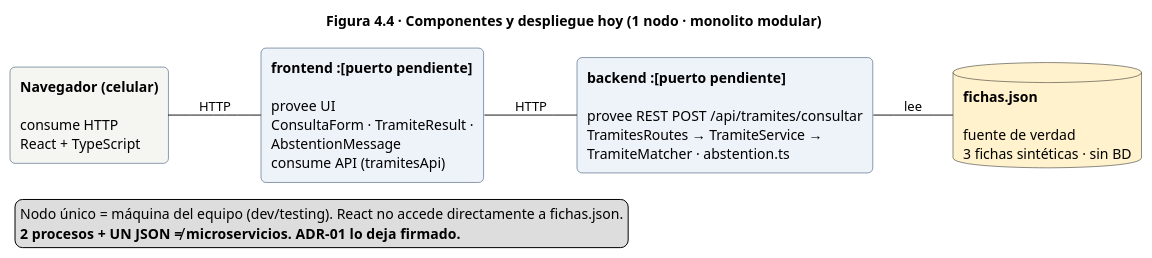
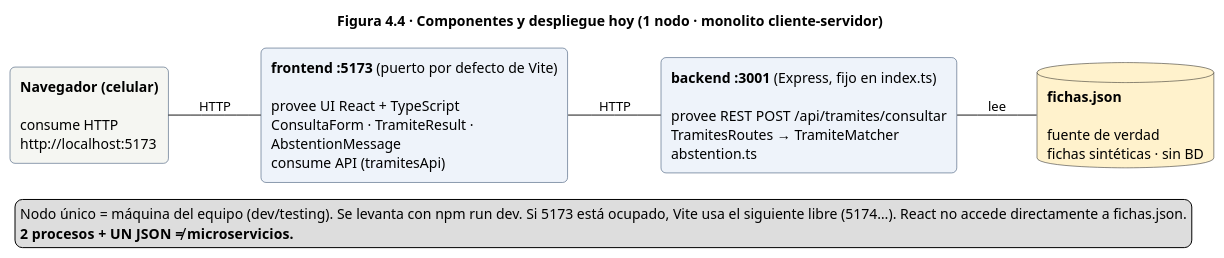
The diagram in docs/uml/componentes.puml (FeliKar/Proyecto-Ingenieria-de-Software), drawn with PlantUML before and after one commit. The commit also changed 7 other files, not shown here.

```diff
--- a/docs/uml/componentes.puml
+++ b/docs/uml/componentes.puml
@@ -1,25 +1,25 @@
 @startuml
-title Figura 4.4 · Componentes y despliegue hoy (1 nodo · monolito modular)
+title Figura 4.4 · Componentes y despliegue hoy (1 nodo · monolito cliente-servidor)
 left to right direction
 skinparam rectangle {
   BorderColor #1F3A5F
   RoundCorner 10
 }
 
-rectangle "**Navegador (celular)**\n\nconsume HTTP\nReact + TypeScript" as NAV #F5F6F2
+rectangle "**Navegador (celular)**\n\nconsume HTTP\nhttp://localhost:5173" as NAV #F5F6F2
 
-rectangle "**frontend :[puerto pendiente]**\n\nprovee UI\nConsultaForm · TramiteResult ·\nAbstentionMessage\nconsume API (tramitesApi)" as FE #EEF3FA
+rectangle "**frontend :5173** (puerto por defecto de Vite)\n\nprovee UI React + TypeScript\nConsultaForm · TramiteResult ·\nAbstentionMessage\nconsume API (tramitesApi)" as FE #EEF3FA
 
-rectangle "**backend :[puerto pendiente]**\n\nprovee REST POST /api/tramites/consultar\nTramitesRoutes → TramiteService →\nTramiteMatcher · abstention.ts" as BE #EEF3FA
+rectangle "**backend :3001** (Express, fijo en index.ts)\n\nprovee REST POST /api/tramites/consultar\nTramitesRoutes → TramiteMatcher\nabstention.ts" as BE #EEF3FA
 
-database "**fichas.json**\n\nfuente de verdad\n3 fichas sintéticas · sin BD" as J #FFF2CC
+database "**fichas.json**\n\nfuente de verdad\nfichas sintéticas · sin BD" as J #FFF2CC
 
 NAV -- FE : HTTP
 FE -- BE : HTTP
 BE -- J : lee
 
 legend bottom left
-  Nodo único = máquina del equipo (dev/testing). React no accede directamente a fichas.json.
-  **2 procesos + UN JSON ≠ microservicios. ADR-01 lo deja firmado.**
+  Nodo único = máquina del equipo (dev/testing). Se levanta con npm run dev. Si 5173 está ocupado, Vite usa el siguiente libre (5174…). React no accede directamente a fichas.json.
+  **2 procesos + UN JSON ≠ microservicios.**
 endlegend
 @enduml
```
